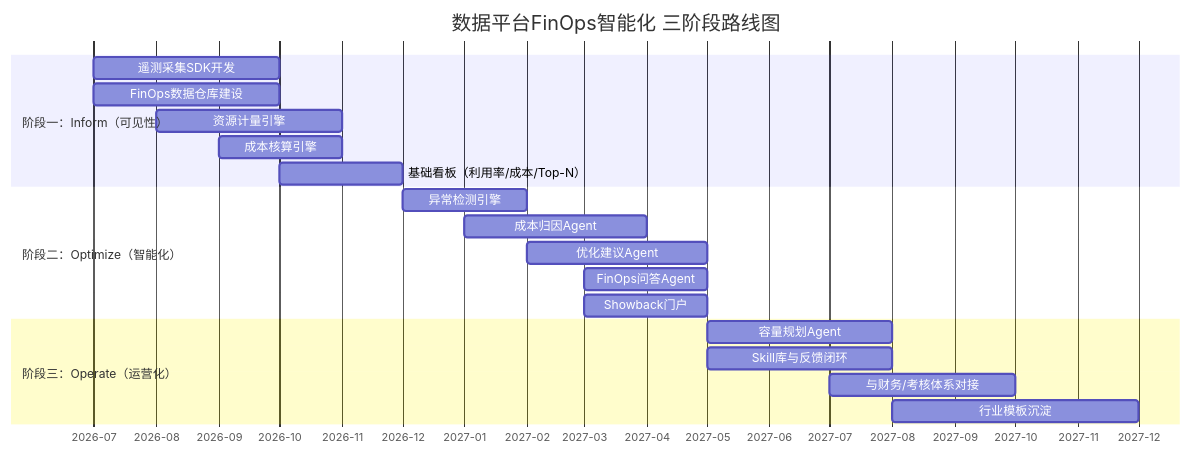
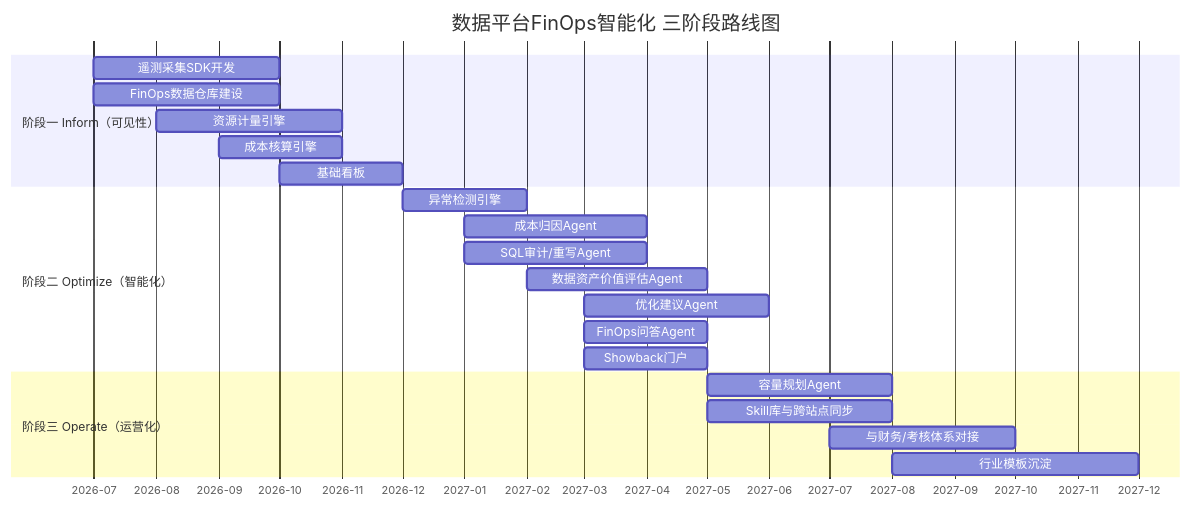
One commit to newmanxiang/newmanclaw changed the diagram in doc/数据智能/数据平台FinOps智能化——成本智能治理技术提案V2.0.md. Above: the diagram before and after it, drawn with Mermaid. The commit also changed other lines of this file, not shown here.

````diff
--- a/doc/数据智能/数据平台FinOps智能化——成本智能治理技术提案V2.0.md
+++ b/doc/数据智能/数据平台FinOps智能化——成本智能治理技术提案V2.0.md
@@ -699,26 +908,28 @@
 ```mermaid
 gantt
     title 数据平台FinOps智能化 三阶段路线图
     dateFormat YYYY-MM
     axisFormat %Y-%m
 
-    section 阶段一：Inform（可见性）
+    section 阶段一 Inform（可见性）
     遥测采集SDK开发               :a1, 2026-07, 3M
     FinOps数据仓库建设             :a2, 2026-07, 3M
     资源计量引擎                   :a3, 2026-08, 3M
     成本核算引擎                   :a4, 2026-09, 2M
-    基础看板（利用率/成本/Top-N）    :a5, 2026-10, 2M
+    基础看板                       :a5, 2026-10, 2M
 
-    section 阶段二：Optimize（智能化）
+    section 阶段二 Optimize（智能化）
     异常检测引擎                   :b1, 2026-12, 2M
     成本归因Agent                  :b2, 2027-01, 3M
-    优化建议Agent                  :b3, 2027-02, 3M
-    FinOps问答Agent                :b4, 2027-03, 2M
-    Showback门户                   :b5, 2027-03, 2M
+    SQL审计/重写Agent              :b3, 2027-01, 3M
+    数据资产价值评估Agent           :b4, 2027-02, 3M
+    优化建议Agent                  :b5, 2027-03, 3M
+    FinOps问答Agent                :b6, 2027-03, 2M
+    Showback门户                   :b7, 2027-03, 2M
 
-    section 阶段三：Operate（运营化）
+    section 阶段三 Operate（运营化）
     容量规划Agent                  :c1, 2027-05, 3M
-    Skill库与反馈闭环               :c2, 2027-05, 3M
+    Skill库与跨站点同步             :c2, 2027-05, 3M
     与财务/考核体系对接             :c3, 2027-07, 3M
     行业模板沉淀                   :c4, 2027-08, 4M
 ```
````
